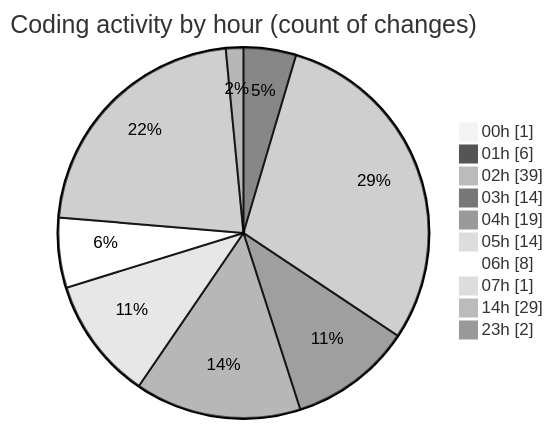
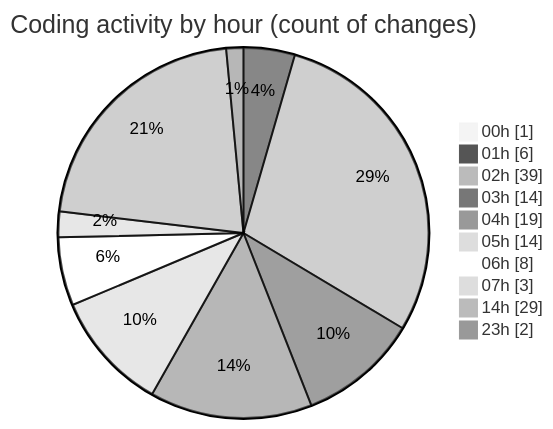
Before and after one commit to charlie-sans/code-tracking: the second of 2 diagrams in 2025-02-19/masm/README.md, drawn with Mermaid (neutral theme). The commit also changed other lines of this file and 1 other file, not shown here.

````diff
--- a/2025-02-19/masm/README.md
+++ b/2025-02-19/masm/README.md
@@ -53,14 +53,14 @@
 ```mermaid
 pie showData
 title Coding activity by hour (count of changes)
 "00h" : 1
 "01h" : 6
 "02h" : 39
 "03h" : 14
 "04h" : 19
 "05h" : 14
 "06h" : 8
-"07h" : 1
+"07h" : 3
 "14h" : 29
 "23h" : 2
 ```
````
